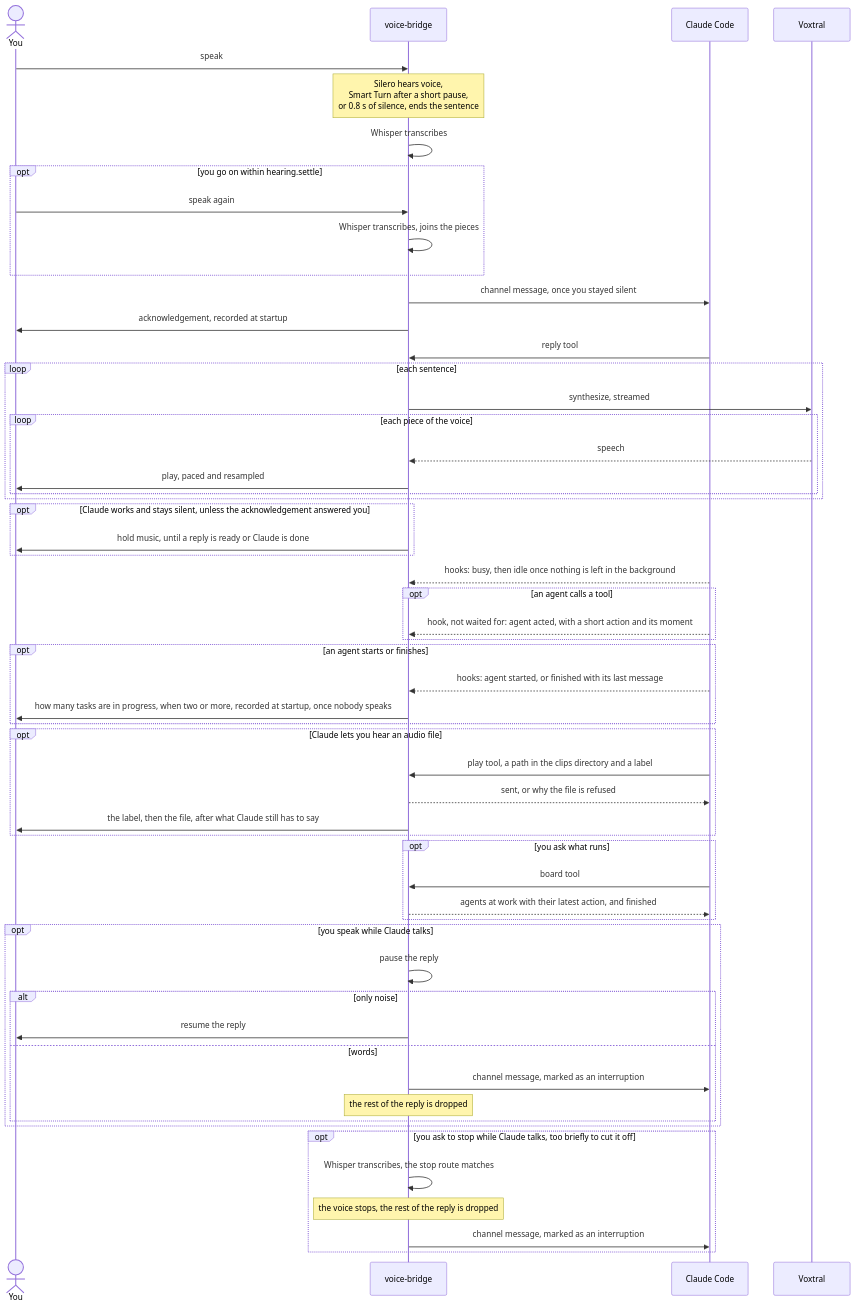
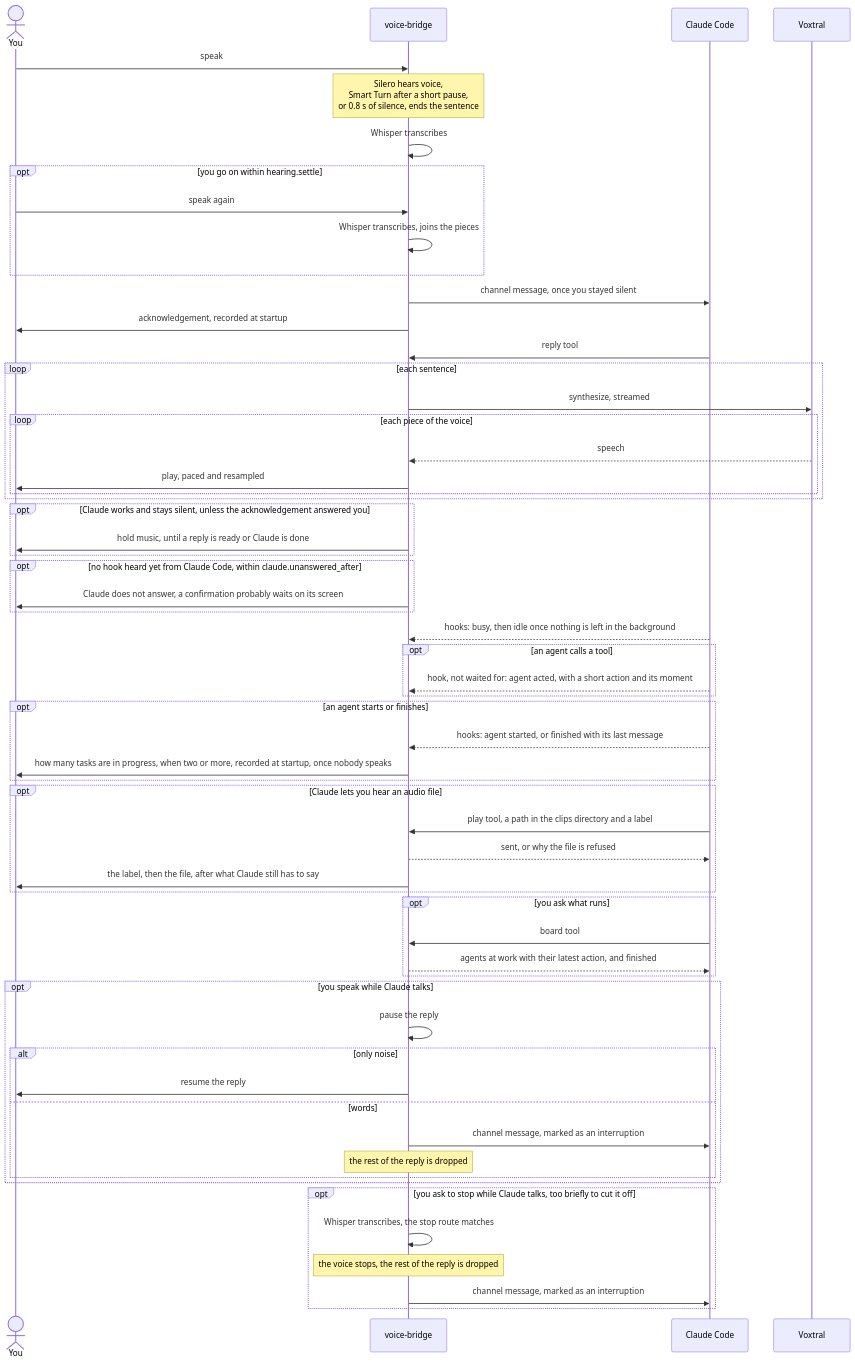
Before and after one commit to marc-gavanier/voice-bridge: the second of 3 diagrams in README.md, drawn with Mermaid. The commit also changed other lines of this file and 22 other files, not shown here.

First line of the commit message:
fix: say that Claude Code does not answer instead of playing hold music forever

````diff
--- a/README.md
+++ b/README.md
@@ -51,59 +52,62 @@
 ```mermaid
 sequenceDiagram
     actor you as You
     participant bridge as voice-bridge
     participant claude as Claude Code
     participant voxtral as Voxtral
 
     you->>bridge: speak
     Note over bridge: Silero hears voice,<br/>Smart Turn after a short pause,<br/>or 0.8 s of silence, ends the sentence
     bridge->>bridge: Whisper transcribes
     opt you go on within hearing.settle
         you->>bridge: speak again
         bridge->>bridge: Whisper transcribes, joins the pieces
     end
     bridge->>claude: channel message, once you stayed silent
     bridge->>you: acknowledgement, recorded at startup
     claude->>bridge: reply tool
     loop each sentence
         bridge->>voxtral: synthesize, streamed
         loop each piece of the voice
             voxtral-->>bridge: speech
             bridge->>you: play, paced and resampled
         end
     end
     opt Claude works and stays silent, unless the acknowledgement answered you
         bridge->>you: hold music, until a reply is ready or Claude is done
+    end
+    opt no hook heard yet from Claude Code, within claude.unanswered_after
+        bridge->>you: Claude does not answer, a confirmation probably waits on its screen
     end
     claude-->>bridge: hooks: busy, then idle once nothing is left in the background
     opt an agent calls a tool
         claude-->>bridge: hook, not waited for: agent acted, with a short action and its moment
     end
     opt an agent starts or finishes
         claude-->>bridge: hooks: agent started, or finished with its last message
         bridge->>you: how many tasks are in progress, when two or more, recorded at startup, once nobody speaks
     end
     opt Claude lets you hear an audio file
         claude->>bridge: play tool, a path in the clips directory and a label
         bridge-->>claude: sent, or why the file is refused
         bridge->>you: the label, then the file, after what Claude still has to say
     end
     opt you ask what runs
         claude->>bridge: board tool
         bridge-->>claude: agents at work with their latest action, and finished
     end
     opt you speak while Claude talks
         bridge->>bridge: pause the reply
         alt only noise
             bridge->>you: resume the reply
         else words
             bridge->>claude: channel message, marked as an interruption
             Note over bridge: the rest of the reply is dropped
         end
     end
     opt you ask to stop while Claude talks, too briefly to cut it off
         bridge->>bridge: Whisper transcribes, the stop route matches
         Note over bridge: the voice stops, the rest of the reply is dropped
         bridge->>claude: channel message, marked as an interruption
     end
 ```
````
